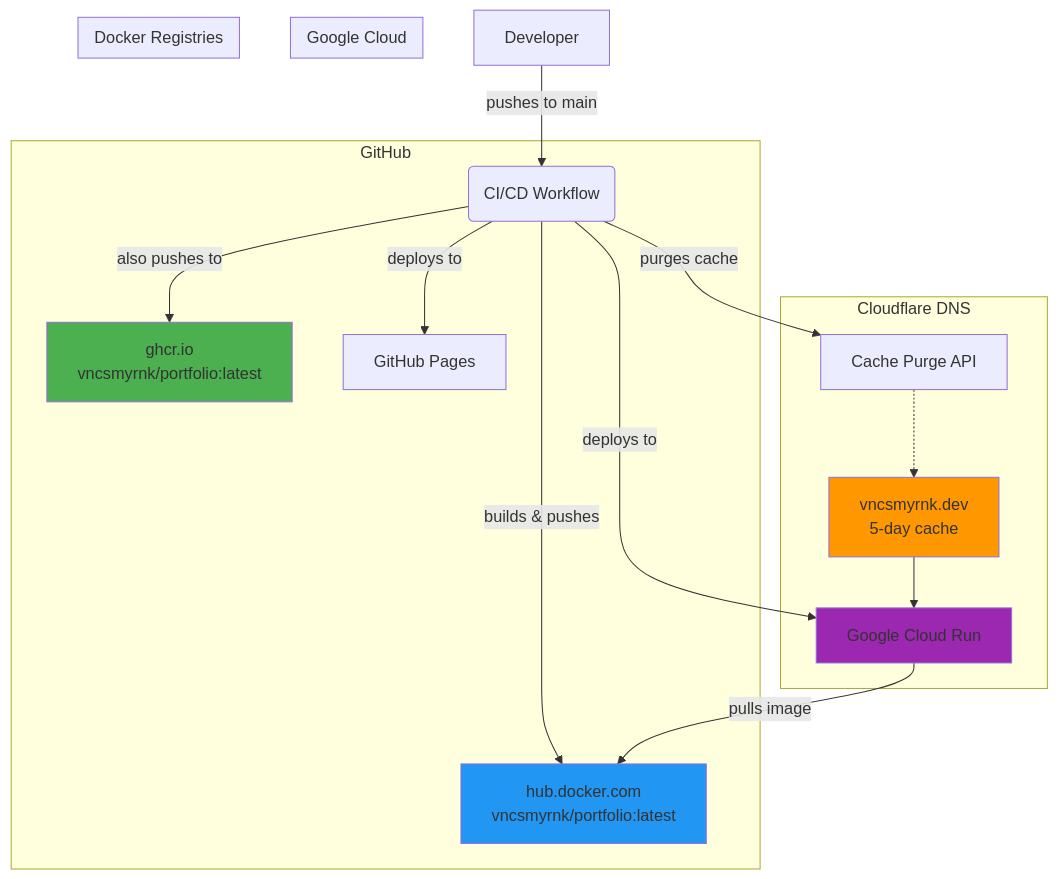
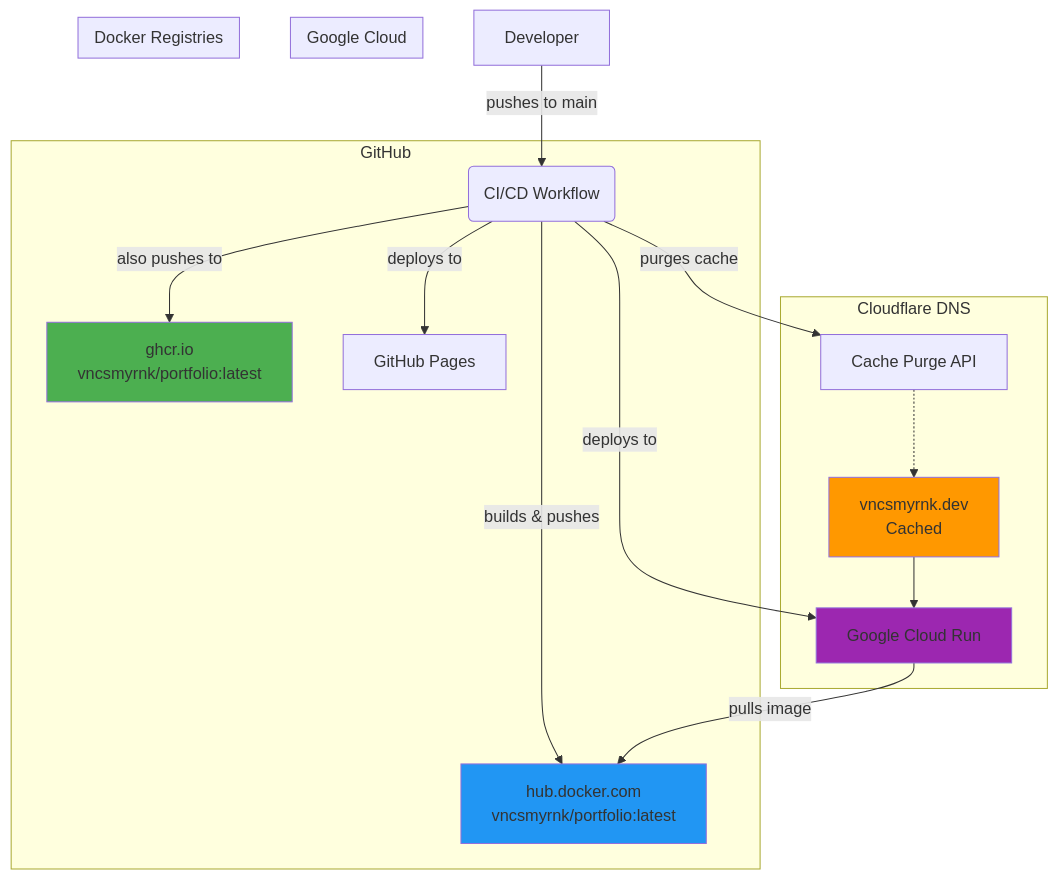
Before and after one commit to vncsmyrnk/portfolio: the diagram in README.md, drawn with Mermaid.

Commit message:
docs(README): corrects Cloudflare upstream cache info

````diff
--- a/README.md
+++ b/README.md
@@ -17,31 +17,31 @@
 ```mermaid
 graph TD
     subgraph "Cloudflare DNS"
-        A[vncsmyrnk.dev<br/>5-day cache] --> B[Google Cloud Run];
+        A[vncsmyrnk.dev<br/>Cached] --> B[Google Cloud Run];
         G[Cache Purge API] -.-> A;
     end
 
     subgraph "GitHub"
         C(CI/CD Workflow) --> |"deploys to"| B;
         C --> |"builds & pushes"| D[hub.docker.com<br/>vncsmyrnk/portfolio:latest];
         C --> |"also pushes to"| H[ghcr.io<br/>vncsmyrnk/portfolio:latest];
         C --> |"deploys to"| E[GitHub Pages];
         C --> |"purges cache"| G;
     end
 
     subgraph "Google Cloud"
         B --> |"pulls image"| D;
     end
 
     subgraph "Docker Registries"
         D;
         H;
     end
 
     F[Developer] --> |"pushes to main"| C;
     
     style A fill:#ff9800
     style D fill:#2196f3
     style H fill:#4caf50
     style B fill:#9c27b0
 ```
````
